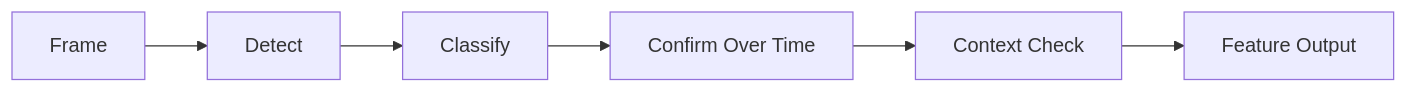
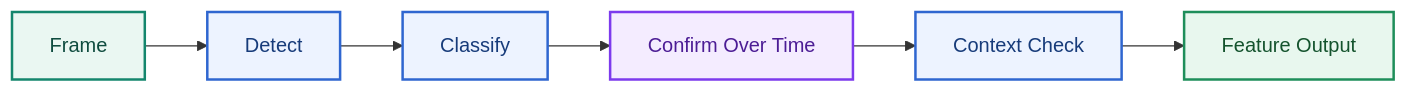
The second of 48 diagrams in research/1.research_tsr_three_part_unified.md (LeNguyenHaiDuong/adas-tsr), drawn with Mermaid before and after one commit. The commit also changed other lines of this file and 5 other files, not shown here.

Commit message:
Add mermaid color

````diff
--- a/research/1.research_tsr_three_part_unified.md
+++ b/research/1.research_tsr_three_part_unified.md
@@ -116,8 +138,17 @@
 ```mermaid
 flowchart LR
     A[Frame] --> B[Detect]
     B --> C[Classify]
     C --> D[Confirm Over Time]
     D --> E[Context Check]
     E --> F[Feature Output]
+
+    classDef source fill:#EAF7F2,stroke:#14866D,color:#0F4C3F,stroke-width:2px;
+    classDef feature fill:#EDF3FF,stroke:#2F66D0,color:#173B7A,stroke-width:2px;
+    classDef temporal fill:#F4ECFF,stroke:#7C3AED,color:#4C1D95,stroke-width:2px;
+    classDef integration fill:#E8F7EE,stroke:#1E8E5A,color:#14532D,stroke-width:2px;
+    class A source;
+    class B,C,E feature;
+    class D temporal;
+    class F integration;
 ```
````
